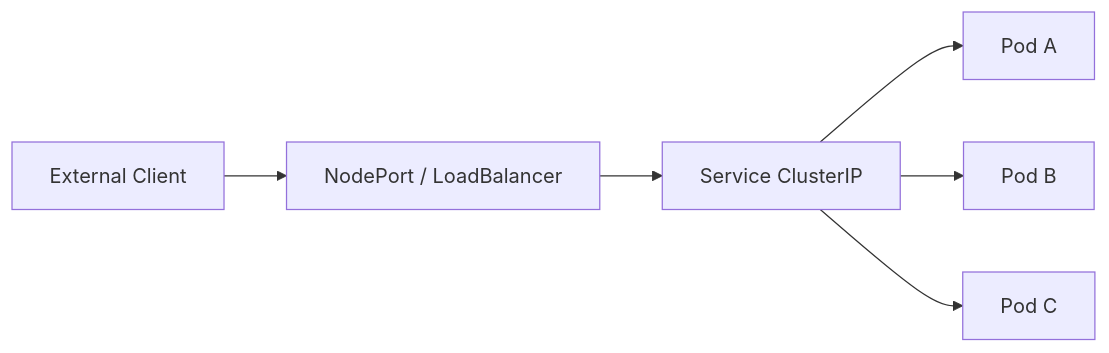
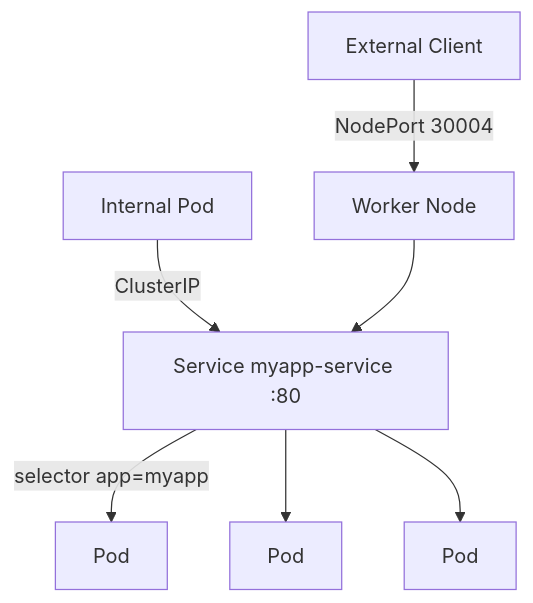
Diagram 12 of 21 in readme.md (AbdelwahabAdam/K8S-notes), drawn with Mermaid before and after one commit. The commit also changed other lines of this file and 2 other files, not shown here.

````diff
--- a/readme.md
+++ b/readme.md
@@ -411,8 +496,9 @@
 ```mermaid
-flowchart LR
-    EXT[External Client] --> NP[NodePort / LoadBalancer]
-    NP --> SVC[Service ClusterIP]
-    SVC --> P1[Pod A]
-    SVC --> P2[Pod B]
-    SVC --> P3[Pod C]
+flowchart TB
+    EXT[External Client] -->|NodePort 30004| NODE[Worker Node]
+    EXT2[Internal Pod] -->|ClusterIP| SVC[Service myapp-service :80]
+    NODE --> SVC
+    SVC -->|selector app=myapp| P1[Pod]
+    SVC --> P2[Pod]
+    SVC --> P3[Pod]
 ```
````
